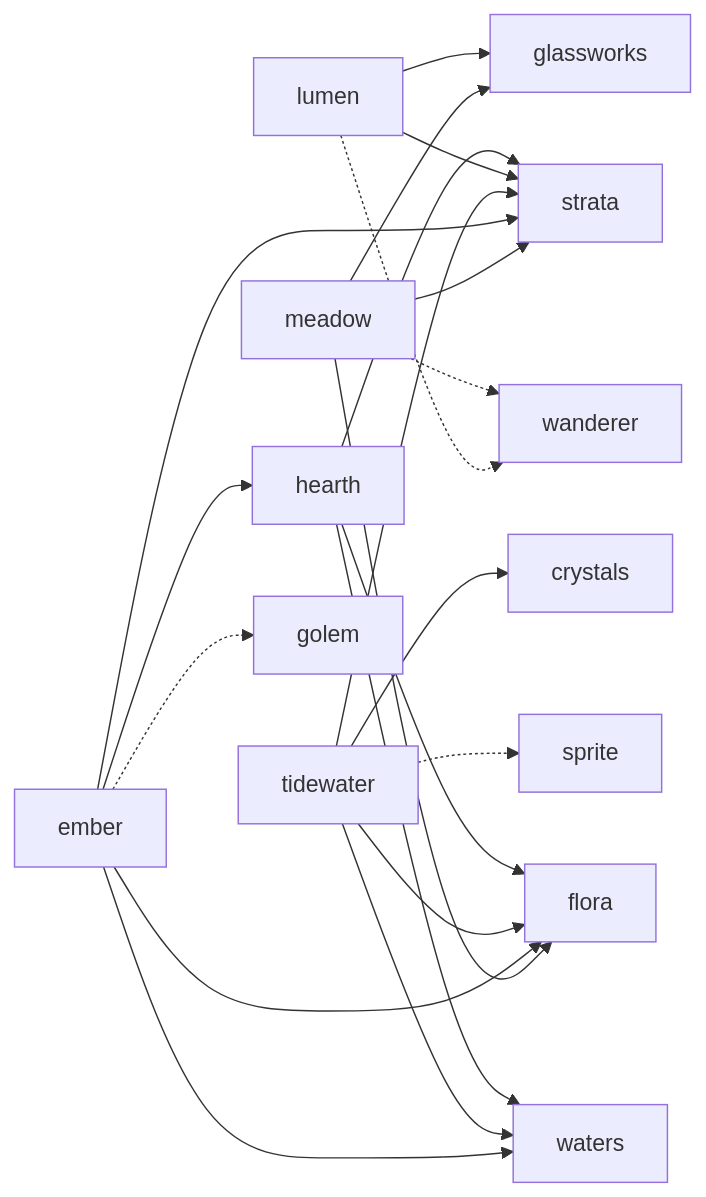
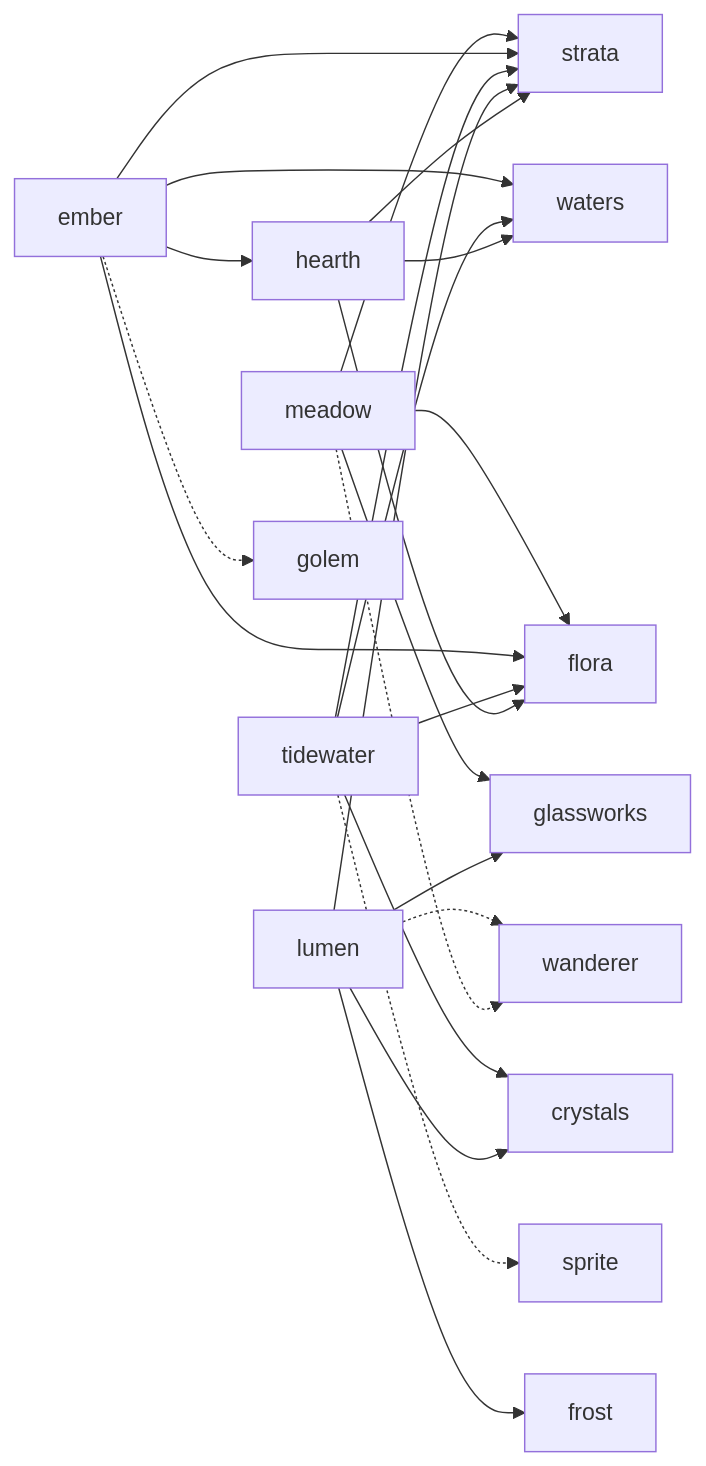
One commit to mkappworks-dev/tesserae changed the diagram in docs/demo-games.md. Above: the diagram before and after it, drawn with Mermaid. The commit also changed other lines of this file and 11 other files, not shown here.

````diff
--- a/docs/demo-games.md
+++ b/docs/demo-games.md
@@ -55,23 +55,25 @@
 ```mermaid
 graph LR
   meadow --> strata
   meadow --> flora
   meadow --> glassworks
   ember --> strata
   ember --> waters
   ember --> flora
   ember --> hearth
   tidewater --> strata
   tidewater --> waters
   tidewater --> flora
   tidewater --> crystals
   lumen --> strata
   lumen --> glassworks
+  lumen --> frost
+  lumen --> crystals
   lumen -.-> wanderer
   meadow -.-> wanderer
   ember -.-> golem
   tidewater -.-> sprite
   hearth --> strata
   hearth --> waters
   hearth --> flora
 ```
````
